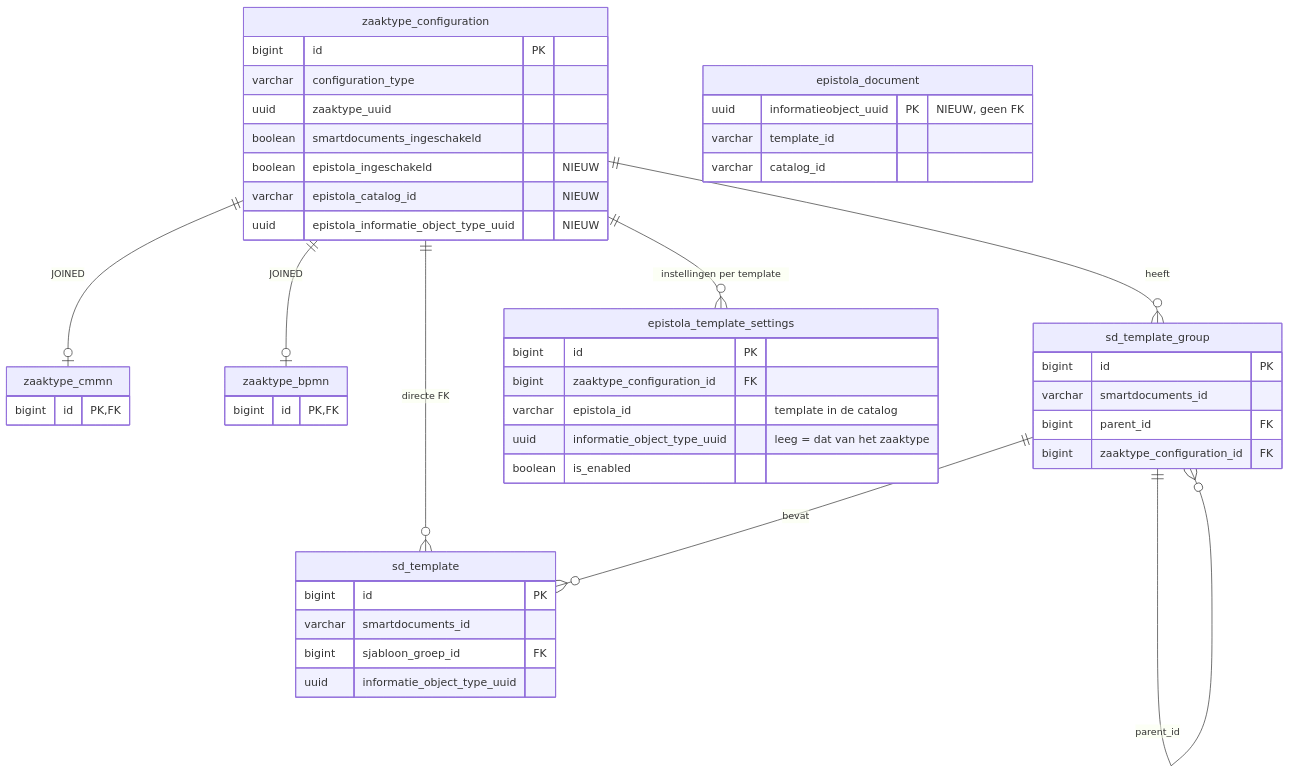
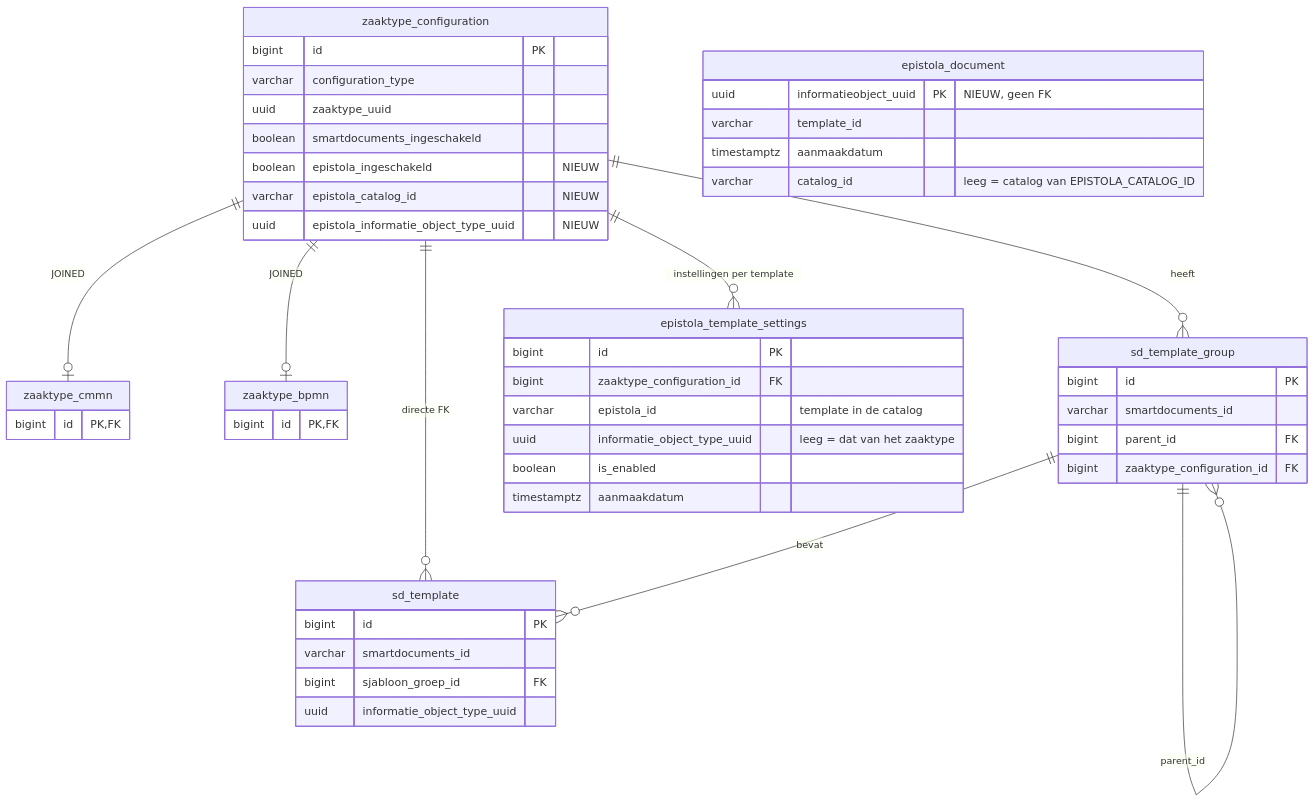
One commit to infonl/zac-epistola-prototype changed the diagram in docs/epistola/datamodel.md. Above: the diagram before and after it, drawn with Mermaid. The commit also changed 15 other files, not shown here.

````diff
--- a/docs/epistola/datamodel.md
+++ b/docs/epistola/datamodel.md
@@ -25,50 +25,52 @@
 ```mermaid
 erDiagram
     zaaktype_configuration ||--o| zaaktype_cmmn : "JOINED"
     zaaktype_configuration ||--o| zaaktype_bpmn : "JOINED"
     zaaktype_configuration ||--o{ sd_template_group : heeft
     zaaktype_configuration ||--o{ sd_template : "directe FK"
     zaaktype_configuration ||--o{ epistola_template_settings : "instellingen per template"
     sd_template_group ||--o{ sd_template : bevat
     sd_template_group ||--o{ sd_template_group : parent_id
 
     zaaktype_configuration {
         bigint id PK
         varchar configuration_type
         uuid zaaktype_uuid
         boolean smartdocuments_ingeschakeld
         boolean epistola_ingeschakeld "NIEUW"
         varchar epistola_catalog_id "NIEUW"
         uuid epistola_informatie_object_type_uuid "NIEUW"
     }
     zaaktype_cmmn {
         bigint id PK,FK
     }
     zaaktype_bpmn {
         bigint id PK,FK
     }
     sd_template_group {
         bigint id PK
         varchar smartdocuments_id
         bigint parent_id FK
         bigint zaaktype_configuration_id FK
     }
     sd_template {
         bigint id PK
         varchar smartdocuments_id
         bigint sjabloon_groep_id FK
         uuid informatie_object_type_uuid
     }
     epistola_template_settings {
         bigint id PK
         bigint zaaktype_configuration_id FK
         varchar epistola_id "template in de catalog"
         uuid informatie_object_type_uuid "leeg = dat van het zaaktype"
         boolean is_enabled
+        timestamptz aanmaakdatum
     }
     epistola_document {
         uuid informatieobject_uuid PK "NIEUW, geen FK"
         varchar template_id
-        varchar catalog_id
+        timestamptz aanmaakdatum
+        varchar catalog_id "leeg = catalog van EPISTOLA_CATALOG_ID"
     }
 ```
````
